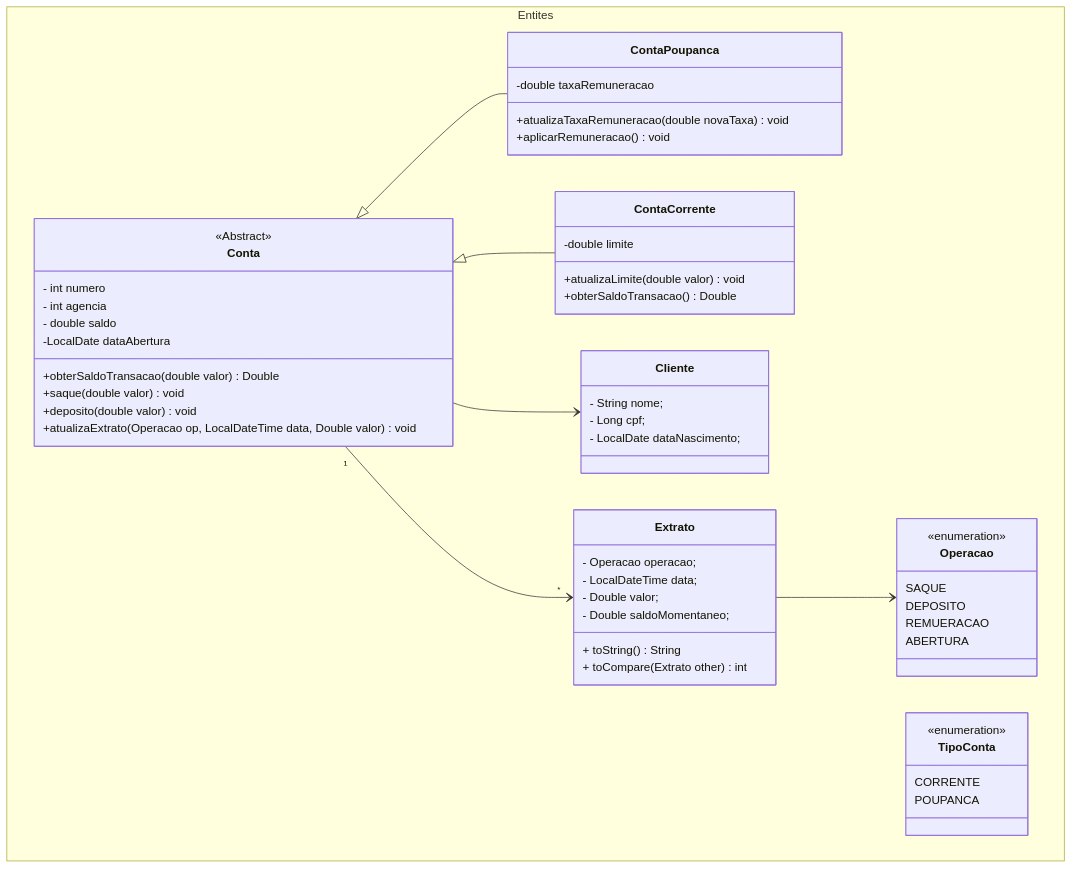
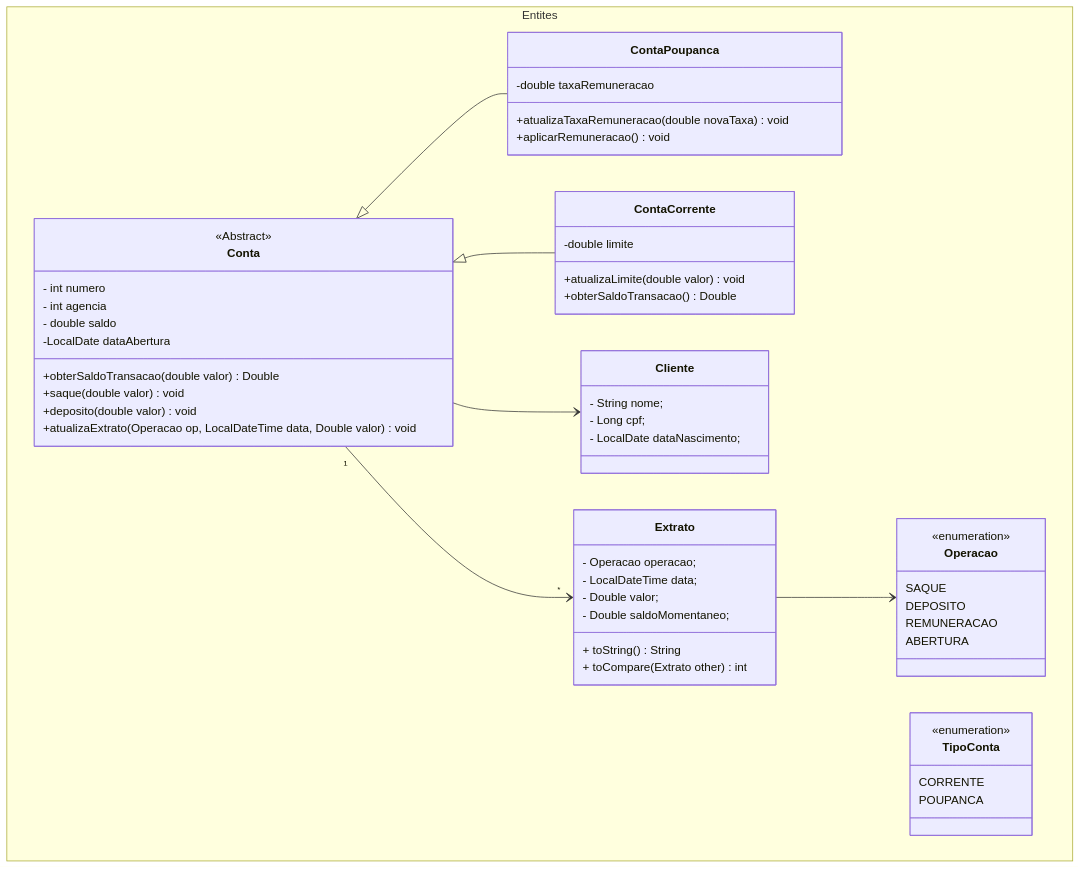
The first of 2 diagrams in README.md (flavioqueiroga/desafio-app-banco), drawn with Mermaid before and after one commit. The commit also changed other lines of this file, not shown here.

````diff
--- a/README.md
+++ b/README.md
@@ -44,61 +44,61 @@
 ```mermaid
 
 classDiagram
     Conta <|-- ContaPoupanca
     Conta <|-- ContaCorrente
     Conta --> Cliente
     Conta "1" --> "*" Extrato
     Extrato --> Operacao
 namespace Entites {
     class ContaPoupanca{
       -double taxaRemuneracao
       +atualizaTaxaRemuneracao(double novaTaxa) void
       +aplicarRemuneracao() void
     }
     class ContaCorrente{
       -double limite
       +atualizaLimite(double valor) void
       +obterSaldoTransacao() Double
     }
     class Cliente{
       - String nome;
       - Long cpf;
       - LocalDate dataNascimento;
     }
     class Extrato {
       - Operacao operacao;
       - LocalDateTime data;
       - Double valor;
       - Double saldoMomentaneo;
       + toString() String
       + toCompare(Extrato other) int
     }
 
     class Conta {
       <<Abstract>>
       - int numero
       - int agencia
       - double saldo
       -LocalDate dataAbertura
       +obterSaldoTransacao (double valor) Double
       +saque (double  valor) void
       +deposito (double valor) void
       +atualizaExtrato(Operacao op, LocalDateTime data, Double valor) void
     }
 
     class Operacao{
         <<enumeration>>
         SAQUE
         DEPOSITO
-        REMUERACAO
+        REMUNERACAO
         ABERTURA
     }
 
 
     class TipoConta{
         <<enumeration>>
         CORRENTE
         POUPANCA
     }
 }
 ```
````
